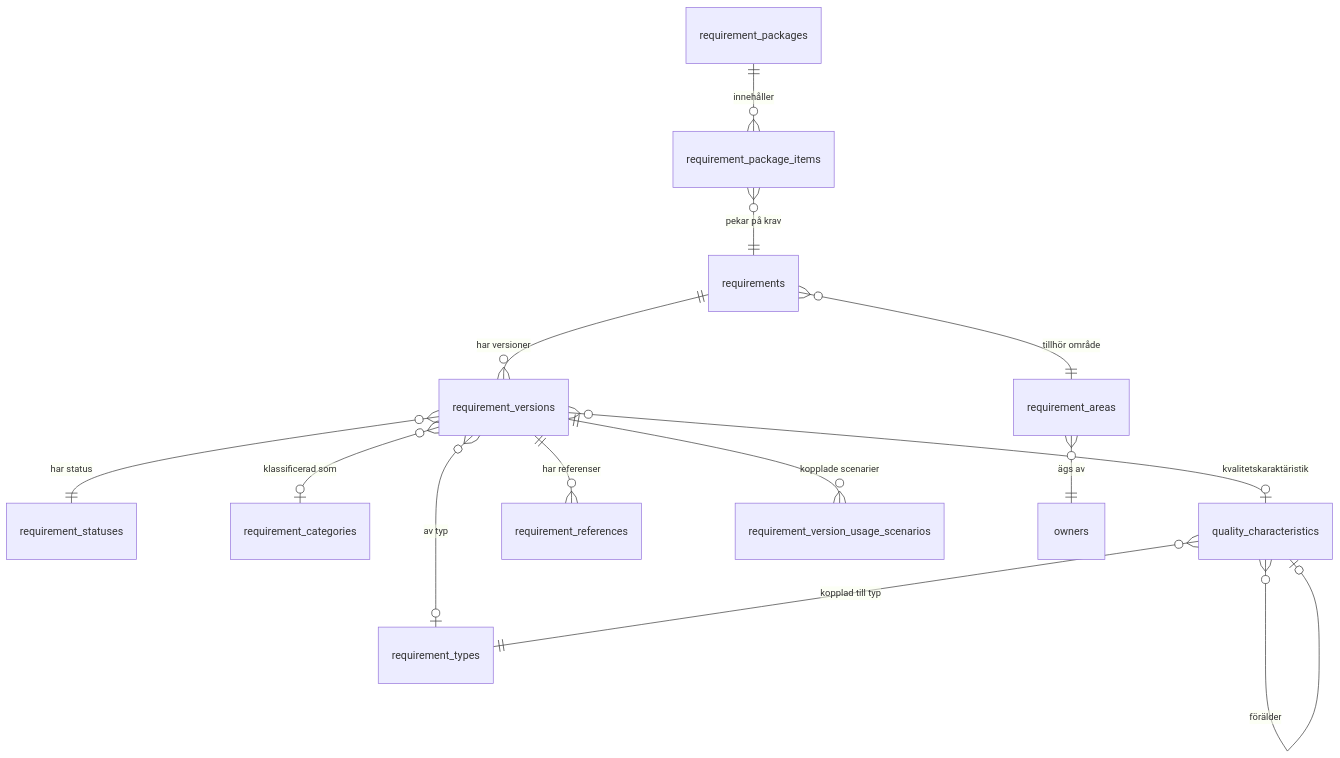
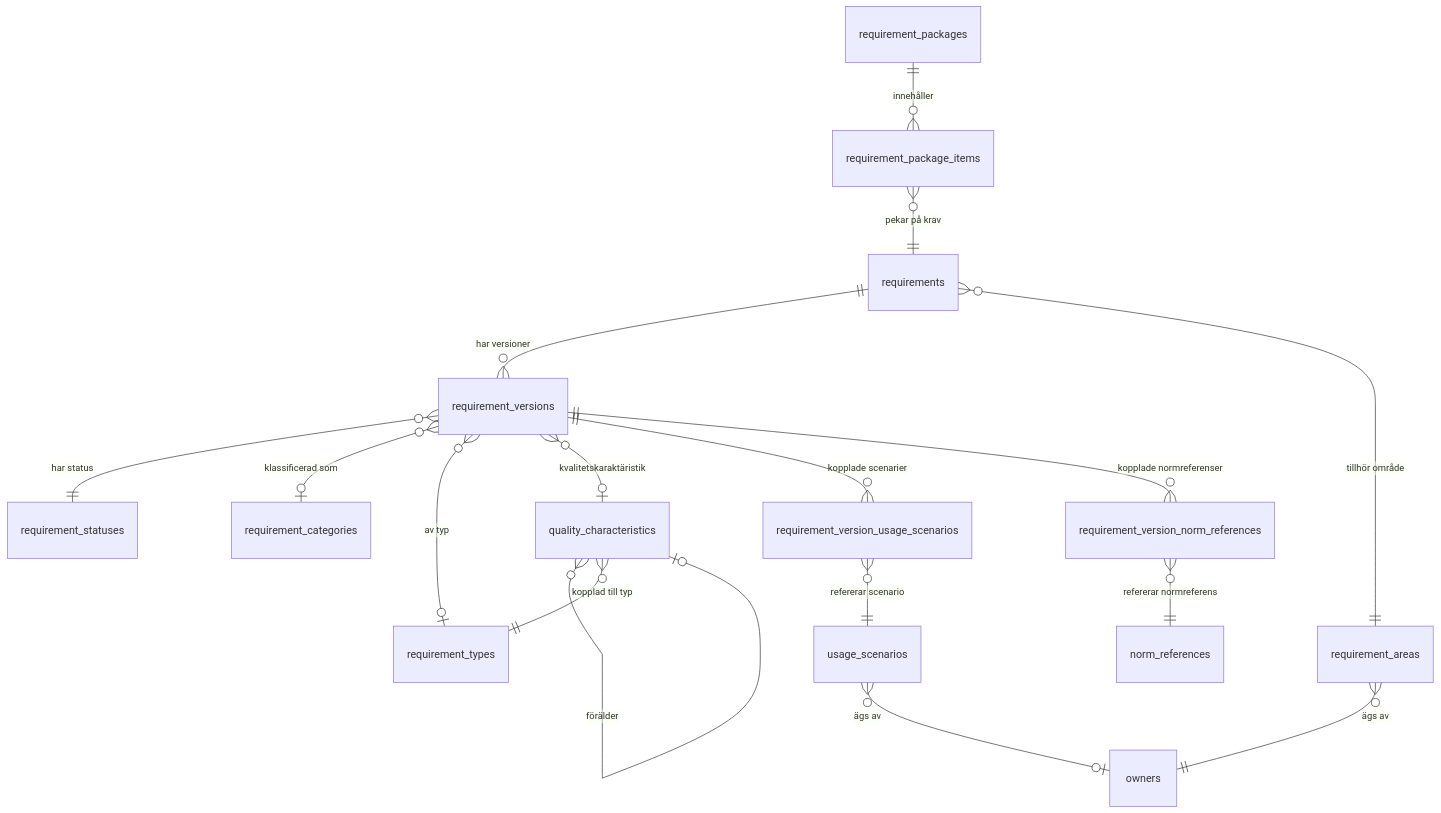
Before and after one commit to viscalyx/Kravhantering: the fourth of 4 diagrams in docs/arkitekturbeskrivning-kravhantering.md, drawn with Mermaid.

Commit message:
feat: enhance requirement version relationships with norm references and usage scenarios

````diff
--- a/docs/arkitekturbeskrivning-kravhantering.md
+++ b/docs/arkitekturbeskrivning-kravhantering.md
@@ -534,16 +534,19 @@
 ```mermaid
 erDiagram
     requirements ||--o{ requirement_versions : "har versioner"
     requirements }o--|| requirement_areas : "tillhör område"
     requirement_versions }o--|| requirement_statuses : "har status"
     requirement_versions }o--o| requirement_categories : "klassificerad som"
     requirement_versions }o--o| requirement_types : "av typ"
     requirement_versions }o--o| quality_characteristics : "kvalitetskaraktäristik"
-    requirement_versions ||--o{ requirement_references : "har referenser"
     requirement_versions ||--o{ requirement_version_usage_scenarios : "kopplade scenarier"
+    requirement_version_usage_scenarios }o--|| usage_scenarios : "refererar scenario"
+    requirement_versions ||--o{ requirement_version_norm_references : "kopplade normreferenser"
+    requirement_version_norm_references }o--|| norm_references : "refererar normreferens"
     requirement_areas }o--|| owners : "ägs av"
+    usage_scenarios }o--o| owners : "ägs av"
     quality_characteristics }o--o| quality_characteristics : "förälder"
     quality_characteristics }o--|| requirement_types : "kopplad till typ"
     requirement_packages ||--o{ requirement_package_items : "innehåller"
     requirement_package_items }o--|| requirements : "pekar på krav"
 ```
````
